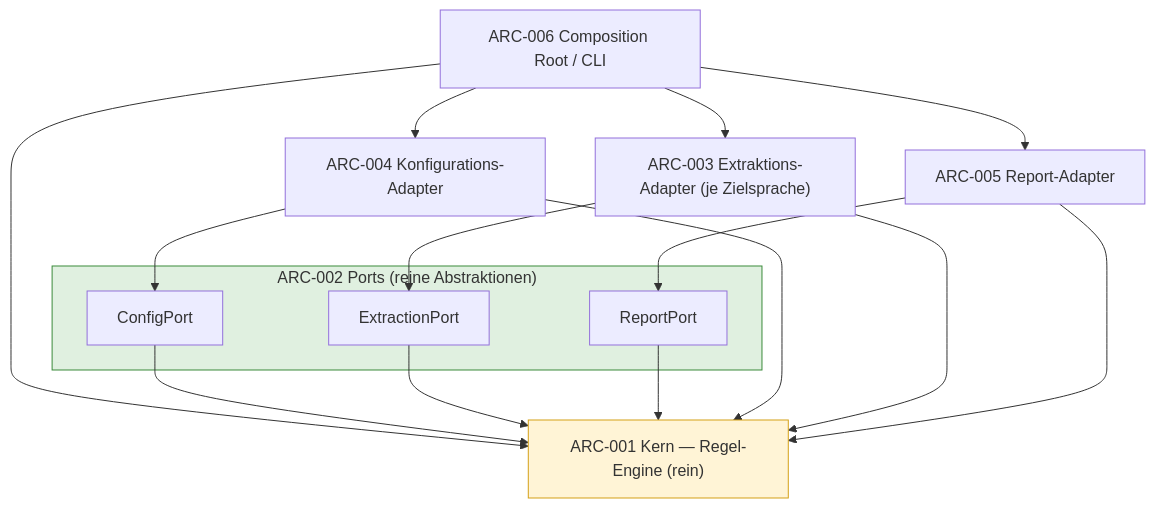
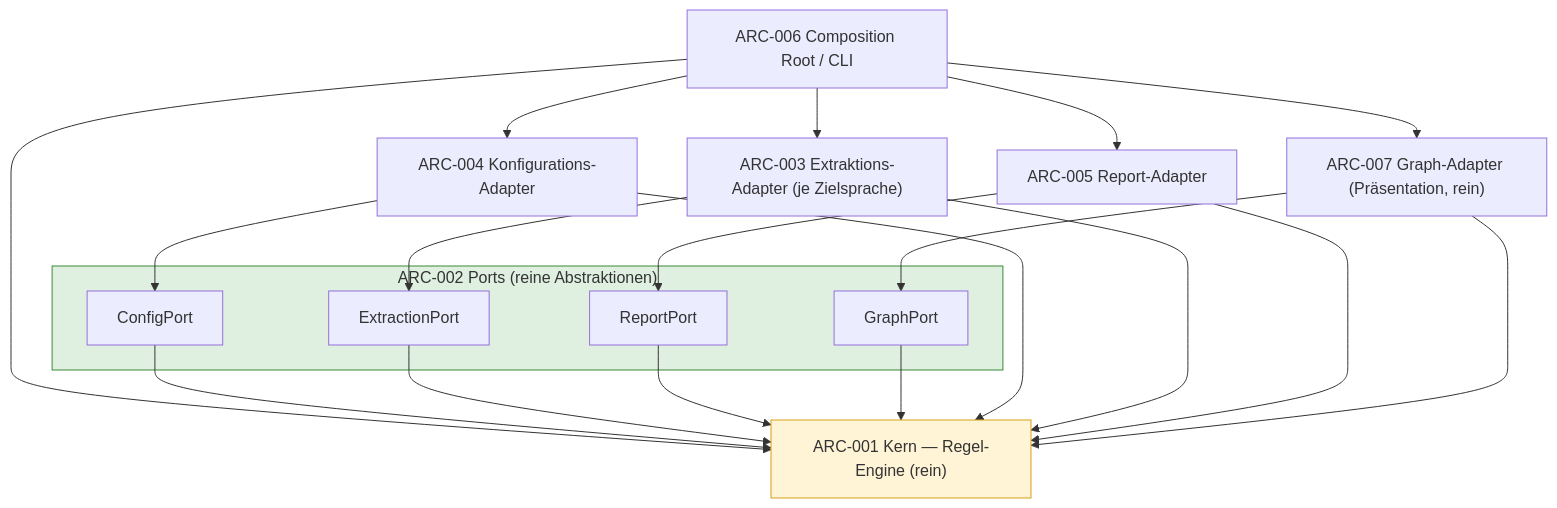
Before and after one commit to pt9912/a-check: the first of 4 diagrams in spec/architecture.md, drawn with Mermaid. The commit also changed other lines of this file, not shown here.

First line of the commit message:
spec(architecture): GraphPort/ARC-007 + Validate-Einstieg + no-scan-Sequenz, v0.3.0 (AC-FA-CLI-002)

````diff
--- a/spec/architecture.md
+++ b/spec/architecture.md
@@ -28,27 +28,32 @@
 ```mermaid
 flowchart TD
     CLI["ARC-006 Composition Root / CLI"]
     CFG["ARC-004 Konfigurations-Adapter"]
     EXT["ARC-003 Extraktions-Adapter (je Zielsprache)"]
     REP["ARC-005 Report-Adapter"]
+    GRAPH["ARC-007 Graph-Adapter (Präsentation, rein)"]
     subgraph Ports["ARC-002 Ports (reine Abstraktionen)"]
         CP["ConfigPort"]
         EP["ExtractionPort"]
         RP["ReportPort"]
+        GP["GraphPort"]
     end
     CORE["ARC-001 Kern — Regel-Engine (rein)"]
 
     CLI --> CFG --> CP
     CLI --> EXT --> EP
+    CLI --> GRAPH --> GP
     CLI --> CORE
     CP --> CORE
     EP --> CORE
     RP --> CORE
+    GP --> CORE
     CFG --> CORE
     EXT --> CORE
     REP --> CORE
+    GRAPH --> CORE
     REP --> RP
     CLI --> REP
     style CORE fill:#fff4d6,stroke:#d4a017
     style Ports fill:#e0f0e0,stroke:#3a8a3a
 ```
````
